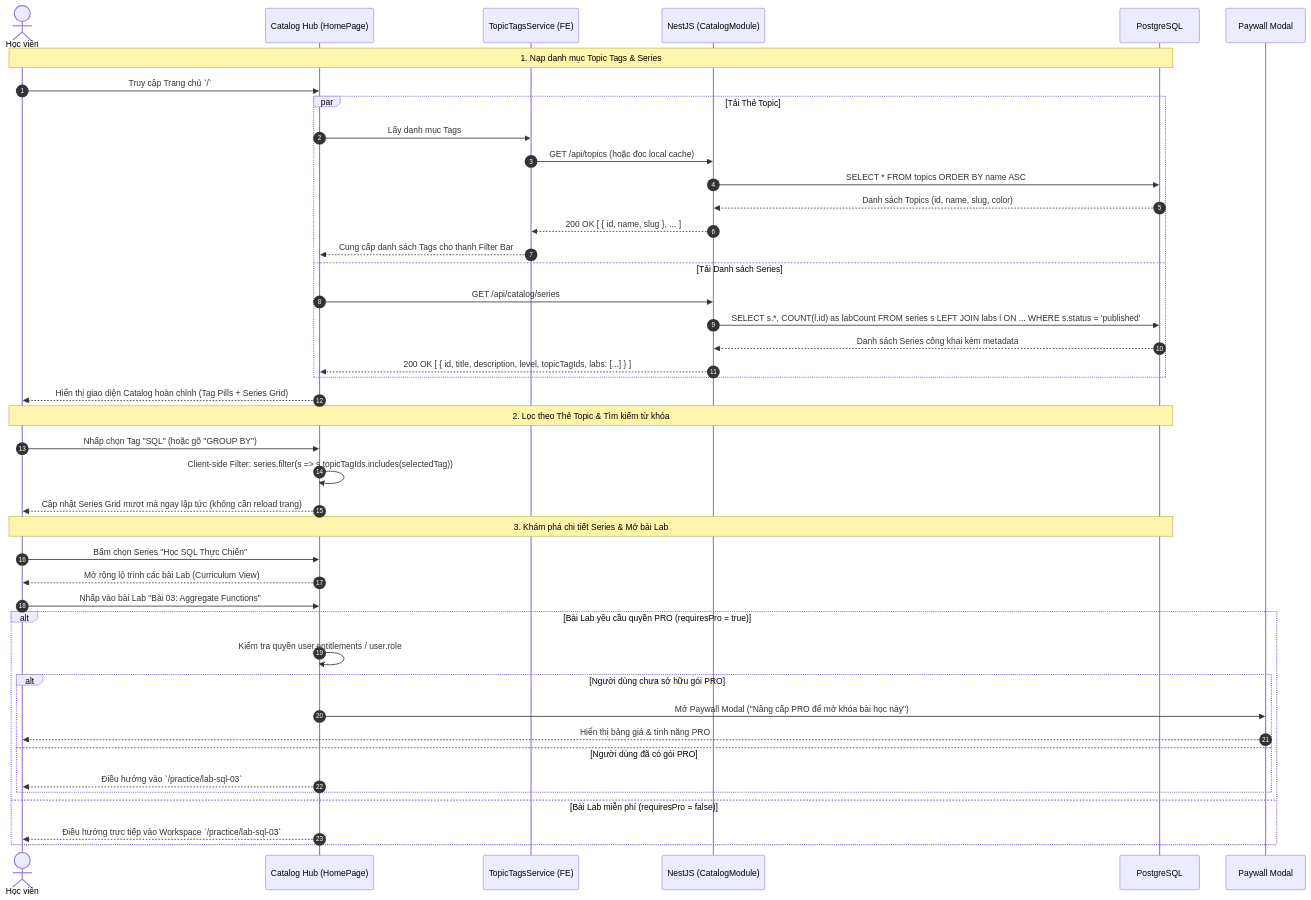
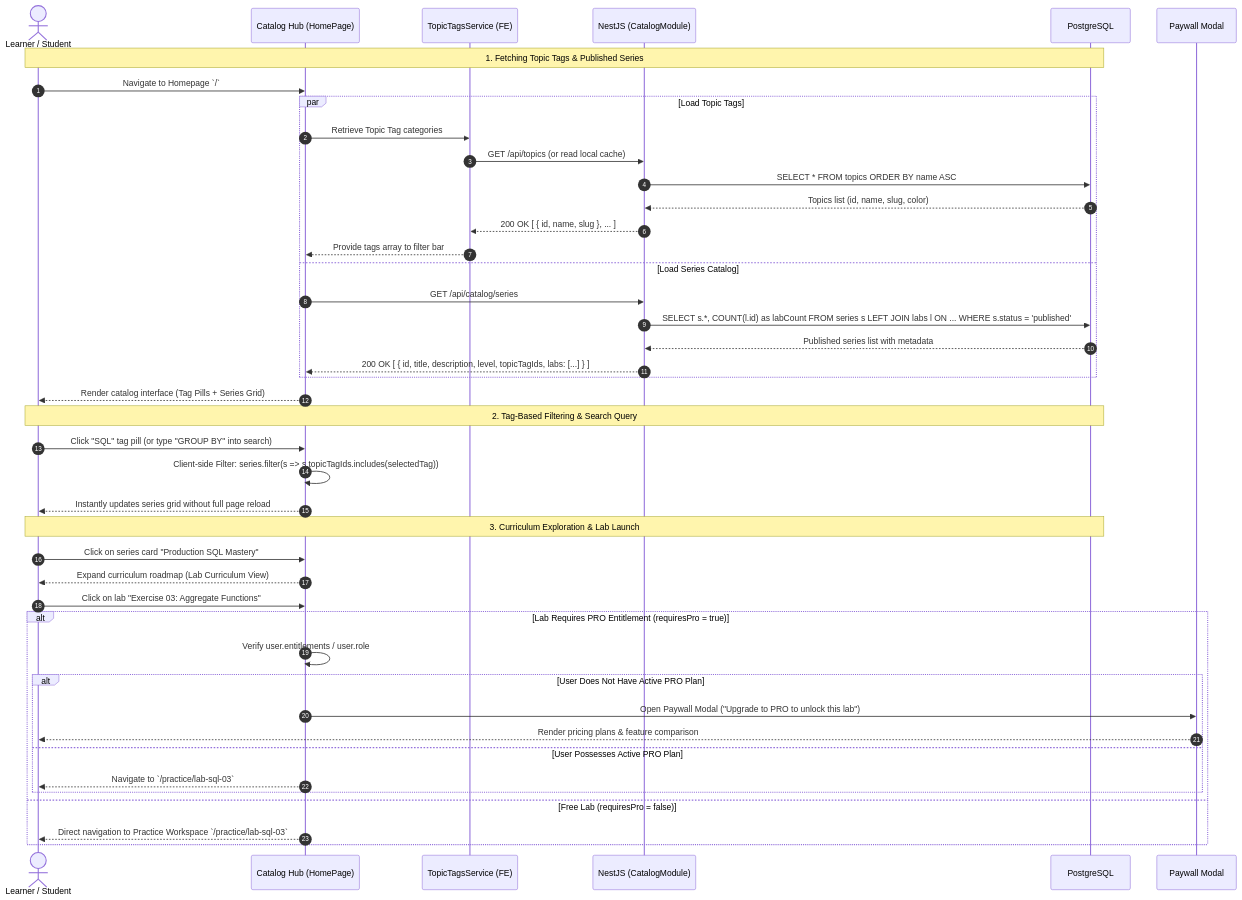
The diagram in docs/workflows/02-catalog-topic-discovery.md (NguyenKhanhDuy2703/project_education), drawn with Mermaid before and after one commit. The commit also changed other lines of this file and 20 other files, not shown here.

Commit message:
docs(workflows): clean up legacy files, standardize 01-12 sequence, and translate to English

````diff
--- a/docs/workflows/02-catalog-topic-discovery.md
+++ b/docs/workflows/02-catalog-topic-discovery.md
@@ -61,49 +61,49 @@
 ```mermaid
 sequenceDiagram
     autonumber
-    actor User as Học viên
+    actor User as Learner / Student
     participant FE as Catalog Hub (HomePage)
     participant TagSvc as TopicTagsService (FE)
     participant BE as NestJS (CatalogModule)
     participant DB as PostgreSQL
     participant Paywall as Paywall Modal
 
-    Note over User, DB: 1. Nạp danh mục Topic Tags & Series
-    User->>FE: Truy cập Trang chủ `/`
-    par Tải Thẻ Topic
-        FE->>TagSvc: Lấy danh mục Tags
-        TagSvc->>BE: GET /api/topics (hoặc đọc local cache)
+    Note over User, DB: 1. Fetching Topic Tags & Published Series
+    User->>FE: Navigate to Homepage `/`
+    par Load Topic Tags
+        FE->>TagSvc: Retrieve Topic Tag categories
+        TagSvc->>BE: GET /api/topics (or read local cache)
         BE->>DB: SELECT * FROM topics ORDER BY name ASC
-        DB-->>BE: Danh sách Topics (id, name, slug, color)
+        DB-->>BE: Topics list (id, name, slug, color)
         BE-->>TagSvc: 200 OK [ { id, name, slug }, ... ]
-        TagSvc-->>FE: Cung cấp danh sách Tags cho thanh Filter Bar
-    and Tải Danh sách Series
+        TagSvc-->>FE: Provide tags array to filter bar
+    and Load Series Catalog
         FE->>BE: GET /api/catalog/series
         BE->>DB: SELECT s.*, COUNT(l.id) as labCount FROM series s LEFT JOIN labs l ON ... WHERE s.status = 'published'
-        DB-->>BE: Danh sách Series công khai kèm metadata
+        DB-->>BE: Published series list with metadata
         BE-->>FE: 200 OK [ { id, title, description, level, topicTagIds, labs: [...] } ]
     end
-    FE-->>User: Hiển thị giao diện Catalog hoàn chỉnh (Tag Pills + Series Grid)
+    FE-->>User: Render catalog interface (Tag Pills + Series Grid)
 
-    Note over User, DB: 2. Lọc theo Thẻ Topic & Tìm kiếm từ khóa
-    User->>FE: Nhấp chọn Tag "SQL" (hoặc gõ "GROUP BY")
+    Note over User, DB: 2. Tag-Based Filtering & Search Query
+    User->>FE: Click "SQL" tag pill (or type "GROUP BY" into search)
     FE->>FE: Client-side Filter: series.filter(s => s.topicTagIds.includes(selectedTag))
-    FE-->>User: Cập nhật Series Grid mượt mà ngay lập tức (không cần reload trang)
+    FE-->>User: Instantly updates series grid without full page reload
 
-    Note over User, DB: 3. Khám phá chi tiết Series & Mở bài Lab
-    User->>FE: Bấm chọn Series "Học SQL Thực Chiến"
-    FE-->>User: Mở rộng lộ trình các bài Lab (Curriculum View)
-    User->>FE: Nhấp vào bài Lab "Bài 03: Aggregate Functions"
+    Note over User, DB: 3. Curriculum Exploration & Lab Launch
+    User->>FE: Click on series card "Production SQL Mastery"
+    FE-->>User: Expand curriculum roadmap (Lab Curriculum View)
+    User->>FE: Click on lab "Exercise 03: Aggregate Functions"
     
-    alt Bài Lab yêu cầu quyền PRO (requiresPro = true)
-        FE->>FE: Kiểm tra quyền user.entitlements / user.role
-        alt Người dùng chưa sở hữu gói PRO
-            FE->>Paywall: Mở Paywall Modal ("Nâng cấp PRO để mở khóa bài học này")
-            Paywall-->>User: Hiển thị bảng giá & tính năng PRO
-        else Người dùng đã có gói PRO
-            FE-->>User: Điều hướng vào `/practice/lab-sql-03`
+    alt Lab Requires PRO Entitlement (requiresPro = true)
+        FE->>FE: Verify user.entitlements / user.role
+        alt User Does Not Have Active PRO Plan
+            FE->>Paywall: Open Paywall Modal ("Upgrade to PRO to unlock this lab")
+            Paywall-->>User: Render pricing plans & feature comparison
+        else User Possesses Active PRO Plan
+            FE-->>User: Navigate to `/practice/lab-sql-03`
         end
-    else Bài Lab miễn phí (requiresPro = false)
-        FE-->>User: Điều hướng trực tiếp vào Workspace `/practice/lab-sql-03`
+    else Free Lab (requiresPro = false)
+        FE-->>User: Direct navigation to Practice Workspace `/practice/lab-sql-03`
     end
 ```
````
